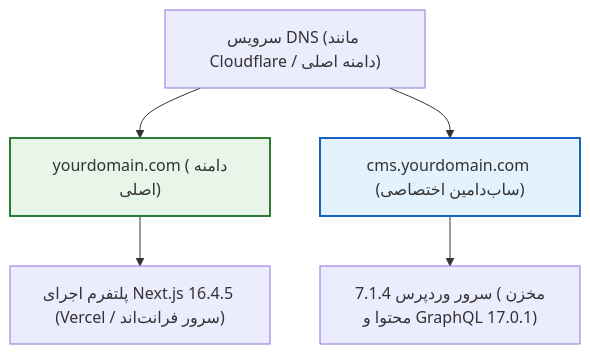
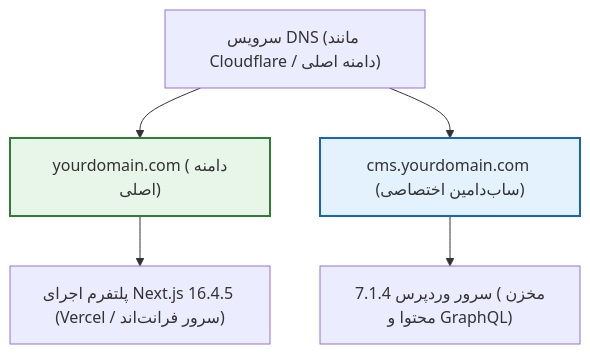
One commit to herehossein/headlessWP-nextJS changed the diagram in book/02-infrastructure-and-database.md. Above: the diagram before and after it, drawn with Mermaid. The commit also changed other lines of this file and 11 other files, not shown here.

First line of the commit message:
fix(book): resolve factual inaccuracies, deprecations, and auth architecture

````diff
--- a/book/02-infrastructure-and-database.md
+++ b/book/02-infrastructure-and-database.md
@@ -13,11 +13,11 @@
 ```mermaid
 flowchart TD
     DNS["سرویس DNS (مانند Cloudflare / دامنه اصلی)"] --> MainDomain["yourdomain.com (دامنه اصلی)"]
     DNS --> SubDomain["cms.yourdomain.com (ساب‌دامین اختصاصی)"]
 
     MainDomain --> Frontend["پلتفرم اجرای Next.js 16.4.5 (Vercel / سرور فرانت‌اند)"]
-    SubDomain --> Backend["سرور وردپرس 7.1.4 (مخزن محتوا و GraphQL 17.0.1)"]
+    SubDomain --> Backend["سرور وردپرس 7.1.4 (مخزن محتوا و GraphQL)"]
 
     style MainDomain fill:#e8f5e9,stroke:#2e7d32,stroke-width:2px
     style SubDomain fill:#e3f2fd,stroke:#1565c0,stroke-width:2px
 ```
````
